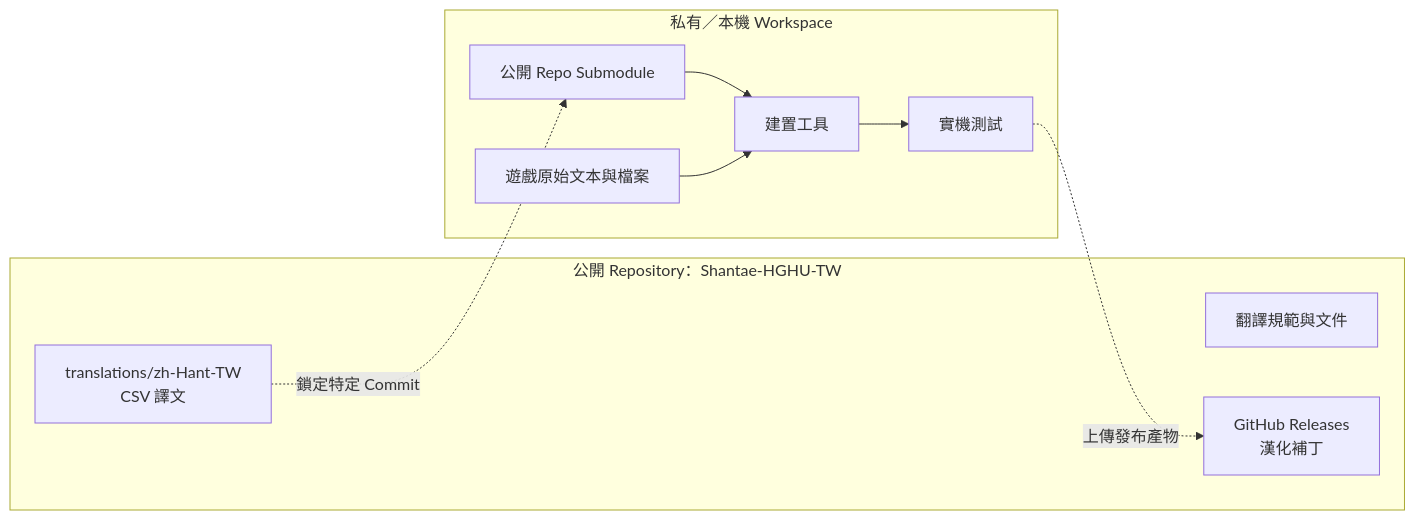
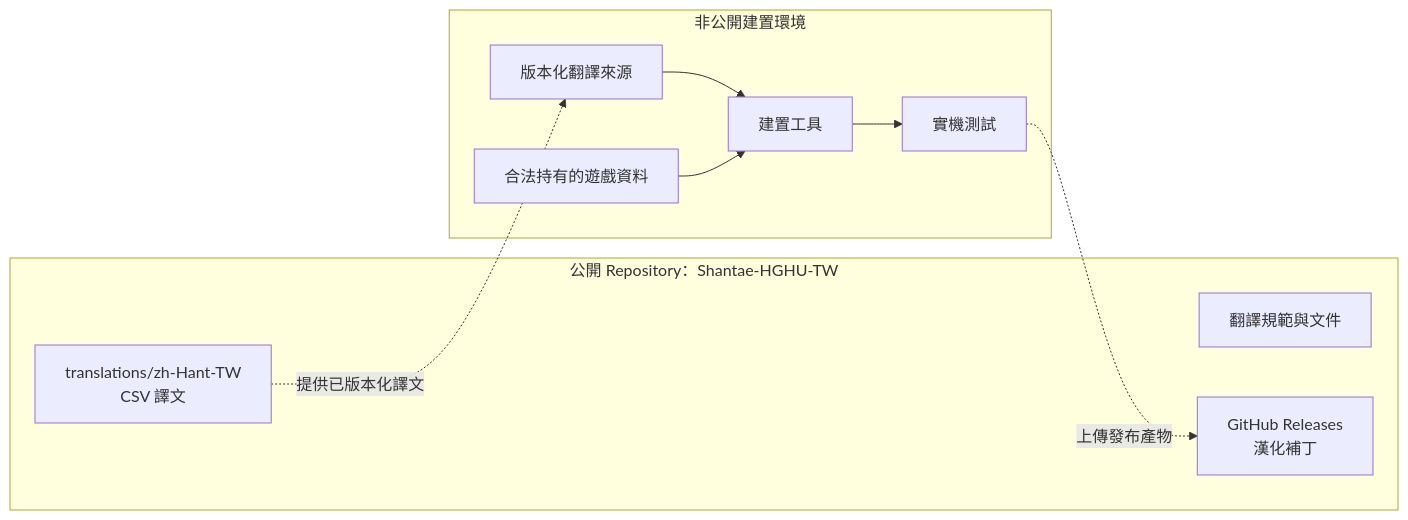
Before and after one commit to AghDoo/Shantae-HGHU-TW: the first of 2 diagrams in README.md, drawn with Mermaid. The commit also changed other lines of this file, not shown here.

Commit message:
docs(readme): [ChatGPT] 抽象化非公開建置環境說明

````diff
--- a/README.md
+++ b/README.md
@@ -20,21 +20,21 @@
 ```mermaid
 flowchart LR
     subgraph Public["公開 Repository：Shantae-HGHU-TW"]
         Translation["translations/zh-Hant-TW<br/>CSV 譯文"]
         Docs["翻譯規範與文件"]
         Release["GitHub Releases<br/>漢化補丁"]
     end
 
-    subgraph Private["私有／本機 Workspace"]
-        Submodule["公開 Repo Submodule"]
-        Original["遊戲原始文本與檔案"]
+    subgraph Local["非公開建置環境"]
+        TranslationSource["版本化翻譯來源"]
+        GameData["合法持有的遊戲資料"]
         Builder["建置工具"]
         Test["實機測試"]
     end
 
-    Translation -. "鎖定特定 Commit" .-> Submodule
-    Submodule --> Builder
-    Original --> Builder
+    Translation -. "提供已版本化譯文" .-> TranslationSource
+    TranslationSource --> Builder
+    GameData --> Builder
     Builder --> Test
     Test -. "上傳發布產物" .-> Release
 ```
````
